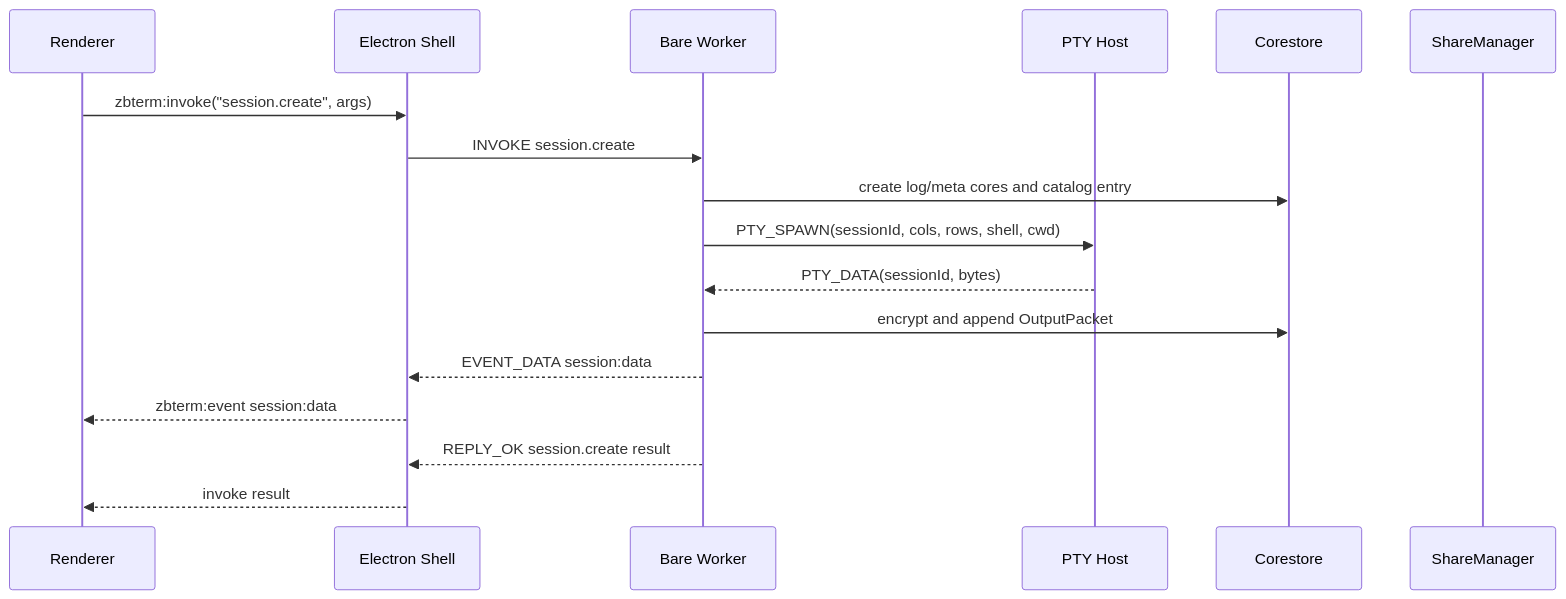
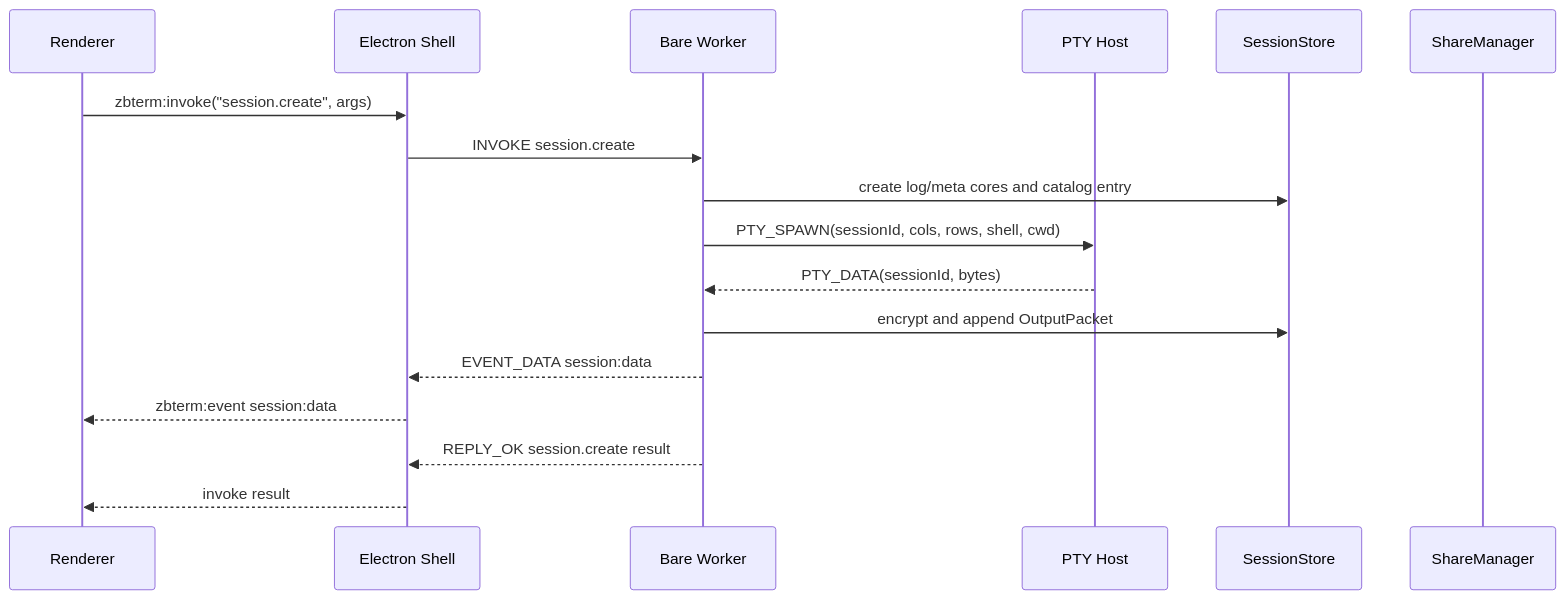
Before and after one commit to zevix/zbterm: diagram 12 of 19 in docs/ARCHITECTURE.md, drawn with Mermaid. The commit also changed other lines of this file and 85 other files, not shown here.

````diff
--- a/docs/ARCHITECTURE.md
+++ b/docs/ARCHITECTURE.md
@@ -1063,20 +1258,20 @@
 ```mermaid
 sequenceDiagram
   participant UI as Renderer
   participant Shell as Electron Shell
   participant Core as Bare Worker
   participant Pty as PTY Host
-  participant Store as Corestore
+  participant Store as SessionStore
   participant Share as ShareManager
 
   UI->>Shell: zbterm:invoke("session.create", args)
   Shell->>Core: INVOKE session.create
   Core->>Store: create log/meta cores and catalog entry
   Core->>Pty: PTY_SPAWN(sessionId, cols, rows, shell, cwd)
   Pty-->>Core: PTY_DATA(sessionId, bytes)
   Core->>Store: encrypt and append OutputPacket
   Core-->>Shell: EVENT_DATA session:data
   Shell-->>UI: zbterm:event session:data
   Core-->>Shell: REPLY_OK session.create result
   Shell-->>UI: invoke result
 ```
````
